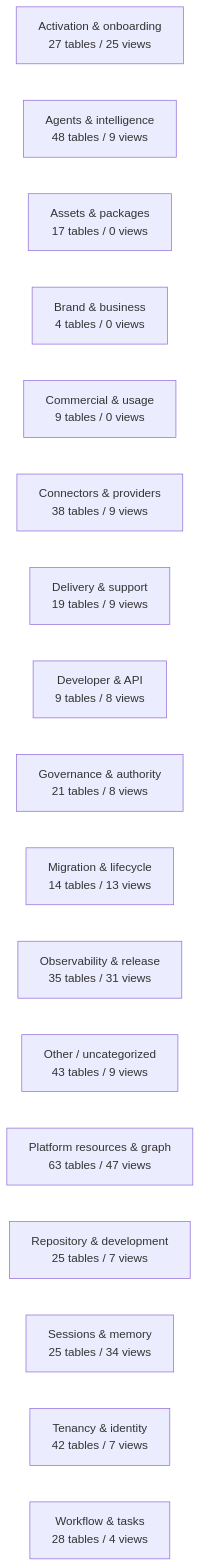
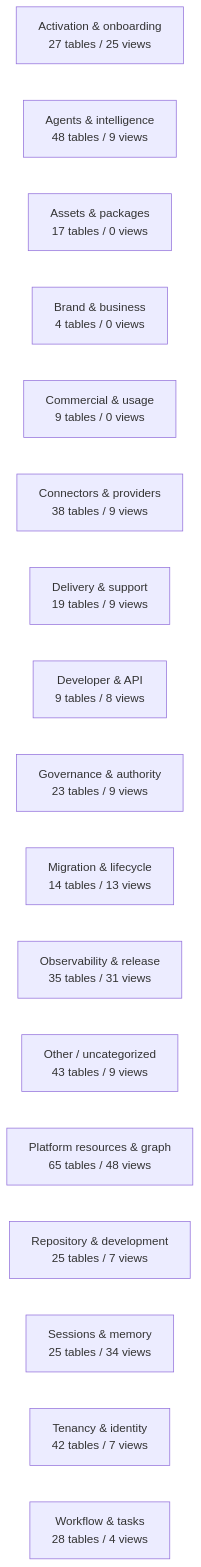
Before and after one commit to mad4bdigital-ai/multi-business-multi-role-growth-intelligence-os: the diagram in docs/work-maps/data-model-domain-map.md, drawn with Mermaid. The commit also changed other lines of this file and 7 other files, not shown here.

````diff
--- a/docs/work-maps/data-model-domain-map.md
+++ b/docs/work-maps/data-model-domain-map.md
@@ -9,20 +9,20 @@
 ```mermaid
 flowchart LR
   n_Activation___onboarding["Activation & onboarding<br/>27 tables / 25 views"]
   n_Agents___intelligence["Agents & intelligence<br/>48 tables / 9 views"]
   n_Assets___packages["Assets & packages<br/>17 tables / 0 views"]
   n_Brand___business["Brand & business<br/>4 tables / 0 views"]
   n_Commercial___usage["Commercial & usage<br/>9 tables / 0 views"]
   n_Connectors___providers["Connectors & providers<br/>38 tables / 9 views"]
   n_Delivery___support["Delivery & support<br/>19 tables / 9 views"]
   n_Developer___API["Developer & API<br/>9 tables / 8 views"]
-  n_Governance___authority["Governance & authority<br/>21 tables / 8 views"]
+  n_Governance___authority["Governance & authority<br/>23 tables / 9 views"]
   n_Migration___lifecycle["Migration & lifecycle<br/>14 tables / 13 views"]
   n_Observability___release["Observability & release<br/>35 tables / 31 views"]
   n_Other___uncategorized["Other / uncategorized<br/>43 tables / 9 views"]
-  n_Platform_resources___graph["Platform resources & graph<br/>63 tables / 47 views"]
+  n_Platform_resources___graph["Platform resources & graph<br/>65 tables / 48 views"]
   n_Repository___development["Repository & development<br/>25 tables / 7 views"]
   n_Sessions___memory["Sessions & memory<br/>25 tables / 34 views"]
   n_Tenancy___identity["Tenancy & identity<br/>42 tables / 7 views"]
   n_Workflow___tasks["Workflow & tasks<br/>28 tables / 4 views"]
 ```
````
